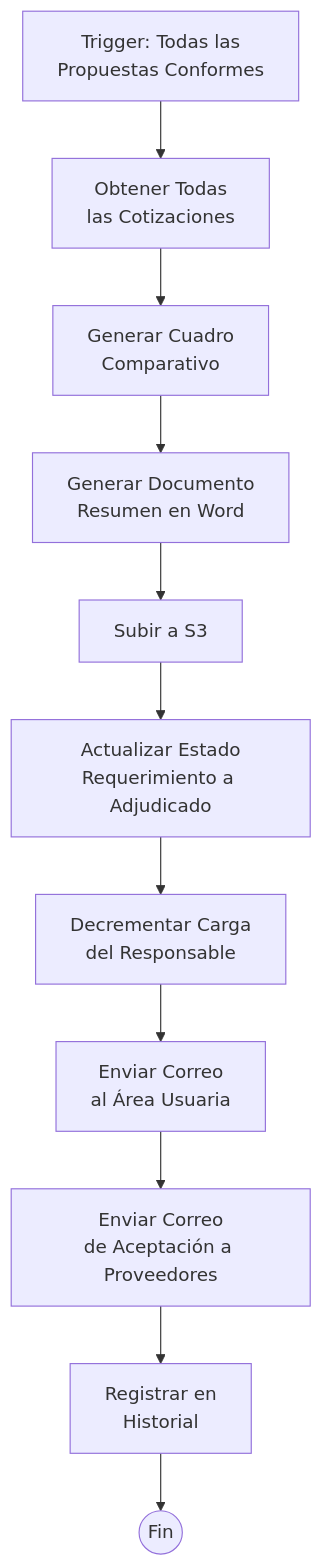
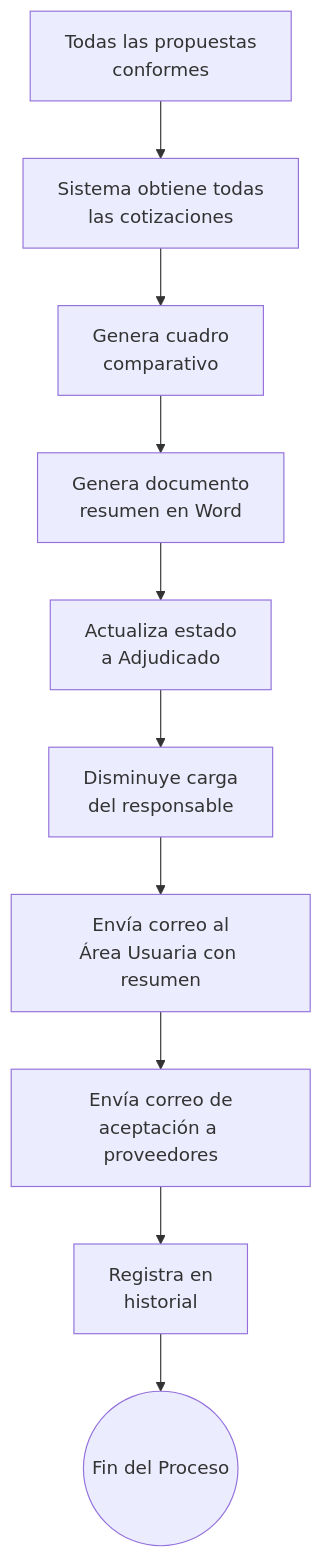
Diagram 13 of 16 in README.md (lfam200/WorkFlow-n8n), drawn with Mermaid before and after one commit. The commit also changed other lines of this file, not shown here.

````diff
--- a/README.md
+++ b/README.md
@@ -1437,17 +501,16 @@
 ```mermaid
 flowchart TD
-    A[Trigger: Todas las<br/>Propuestas Conformes] --> B[Obtener Todas<br/>las Cotizaciones]
+    A[Todas las propuestas<br/>conformes] --> B[Sistema obtiene todas<br/>las cotizaciones]
     
-    B --> C[Generar Cuadro<br/>Comparativo]
-    C --> D[Generar Documento<br/>Resumen en Word]
-    D --> E[Subir a S3]
+    B --> C[Genera cuadro<br/>comparativo]
+    C --> D[Genera documento<br/>resumen en Word]
     
-    E --> F[Actualizar Estado<br/>Requerimiento a Adjudicado]
-    F --> G[Decrementar Carga<br/>del Responsable]
+    D --> E[Actualiza estado<br/>a Adjudicado]
+    E --> F[Disminuye carga<br/>del responsable]
     
-    G --> H[Enviar Correo<br/>al Área Usuaria]
-    H --> I[Enviar Correo<br/>de Aceptación a Proveedores]
+    F --> G[Envía correo al<br/>Área Usuaria con resumen]
+    G --> H[Envía correo de<br/>aceptación a proveedores]
     
-    I --> J[Registrar en<br/>Historial]
-    J --> K((Fin))
+    H --> I[Registra en<br/>historial]
+    I --> J((Fin del Proceso))
 ```
````
